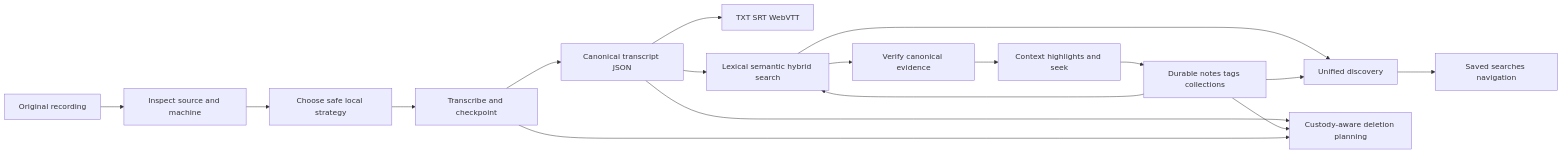
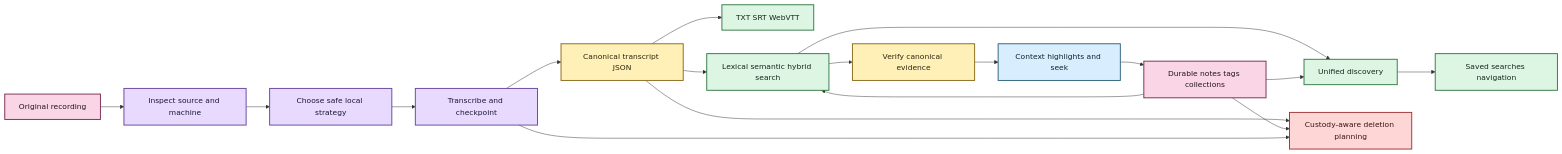
Before and after one commit to SSD1805/EchoFlow: the diagram in README.md, drawn with Mermaid. The commit also changed other lines of this file and 29 other files, not shown here.

Commit message:
docs: restore Mermaid styling and refresh current product truth

````diff
--- a/README.md
+++ b/README.md
@@ -59,19 +57,34 @@
 ```mermaid
-graph LR;
+flowchart LR
     A[Original recording] --> B[Inspect source and machine]
     B --> C[Choose safe local strategy]
     C --> D[Transcribe and checkpoint]
     D --> E[Canonical transcript JSON]
     E --> F[TXT SRT WebVTT]
     E --> G[Lexical semantic hybrid search]
     G --> H[Verify canonical evidence]
     H --> I[Context highlights and seek]
     I --> J[Durable notes tags collections]
     J --> G
     G --> K[Unified discovery]
     J --> K
     K --> L[Saved searches navigation]
     E --> M[Custody-aware deletion planning]
     J --> M
     D --> M
+
+    classDef source fill:#F9D5E5,stroke:#7B2E52,stroke-width:2px,color:#22151B
+    classDef process fill:#E8D9FF,stroke:#68469B,stroke-width:2px,color:#1F1630
+    classDef evidence fill:#FFF0B8,stroke:#8A6B18,stroke-width:2px,color:#2C260F
+    classDef view fill:#DDF5E3,stroke:#347A46,stroke-width:2px,color:#142719
+    classDef inspect fill:#D8EEFF,stroke:#2E617B,stroke-width:2px,color:#12222A
+    classDef stop fill:#FFD6D6,stroke:#9E3434,stroke-width:2px,color:#351616
+
+    class A source
+    class B,C,D process
+    class E,H evidence
+    class F,G,K,L view
+    class I inspect
+    class J source
+    class M stop
 ```
````
